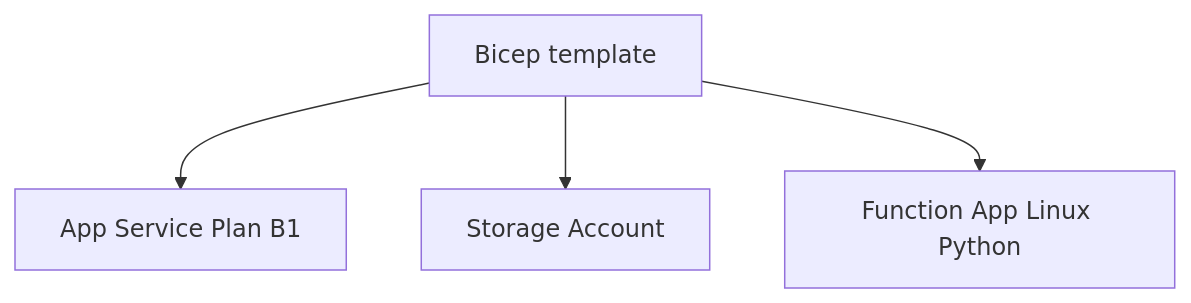
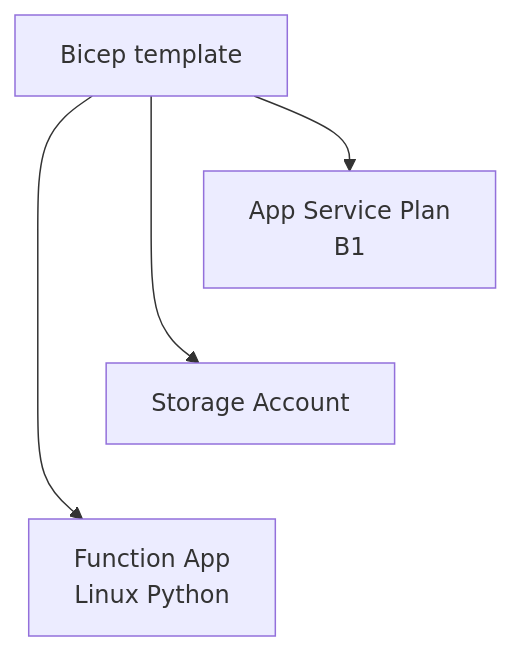
One commit to yeongseon/azure-functions-practical-guide changed the second of 2 diagrams in docs/language-guides/python/tutorial/dedicated/05-infrastructure-as-code.md. Above: the diagram before and after it, drawn with Mermaid. The commit also changed other lines of this file and 4 other files, not shown here.

First line of the commit message:
docs(diagrams): improve Python infrastructure tutorial figures (#546)

````diff
--- a/docs/language-guides/python/tutorial/dedicated/05-infrastructure-as-code.md
+++ b/docs/language-guides/python/tutorial/dedicated/05-infrastructure-as-code.md
@@ -120,6 +146,11 @@
 ```mermaid
 flowchart TD
-    A[Bicep template] --> B[App Service Plan B1]
+    accTitle: Python Dedicated standalone Bicep resource map
+    accDescr: The standalone example defines a Basic B1 App Service Plan, Storage account and Linux Python Function App. These arrows identify template resources, not serial creation; ARM resolves dependencies and can deploy independent resources in parallel. The repository template defaults to S1 instead; no successful deployment is asserted.
+    A[Bicep template] --> B["App Service Plan<br/>B1"]
     A --> C[Storage Account]
-    A --> D[Function App Linux Python]
+    A --> D["Function App<br/>Linux Python"]
+    %% Layout-only tiers; add no provisioning dependency or visible arrow.
+    B ~~~ C
+    C ~~~ D
 ```
````
